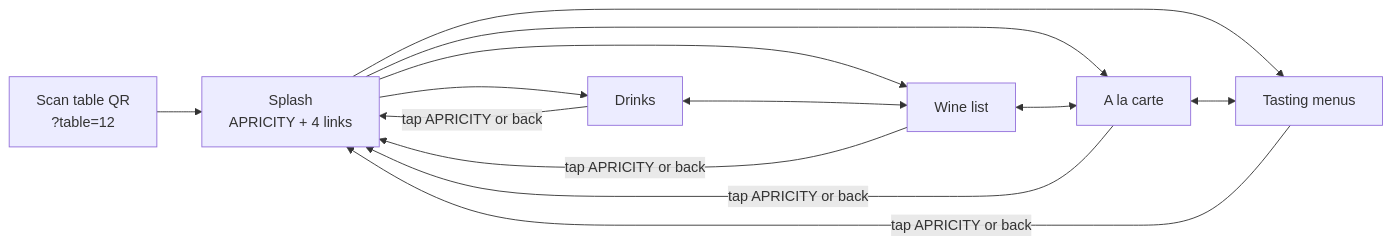
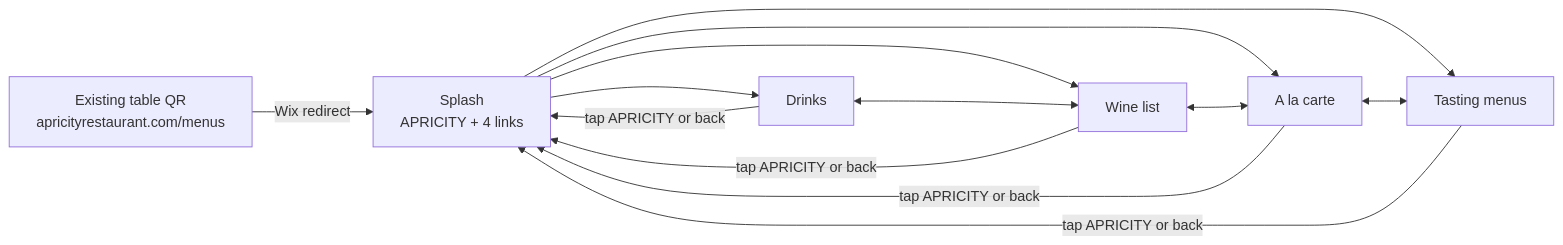
Before and after one commit to lululaplap/apricity-mocks: the diagram in README.md, drawn with Mermaid. The commit also changed other lines of this file and 2 other files, not shown here.

First line of the commit message:
Keep the existing QR codes: drop per-table numbers

````diff
--- a/README.md
+++ b/README.md
@@ -41,7 +42,7 @@
 ```mermaid
 flowchart LR
-  QR[Scan table QR<br/>?table=12] --> S[Splash<br/>APRICITY + 4 links]
+  QR[Existing table QR<br/>apricityrestaurant.com/menus] -->|Wix redirect| S[Splash<br/>APRICITY + 4 links]
   S --> D[Drinks] & W[Wine list] & A[A la carte] & T[Tasting menus]
   D <--> W <--> A <--> T
   D & W & A & T -->|tap APRICITY or back| S
 ```
````
